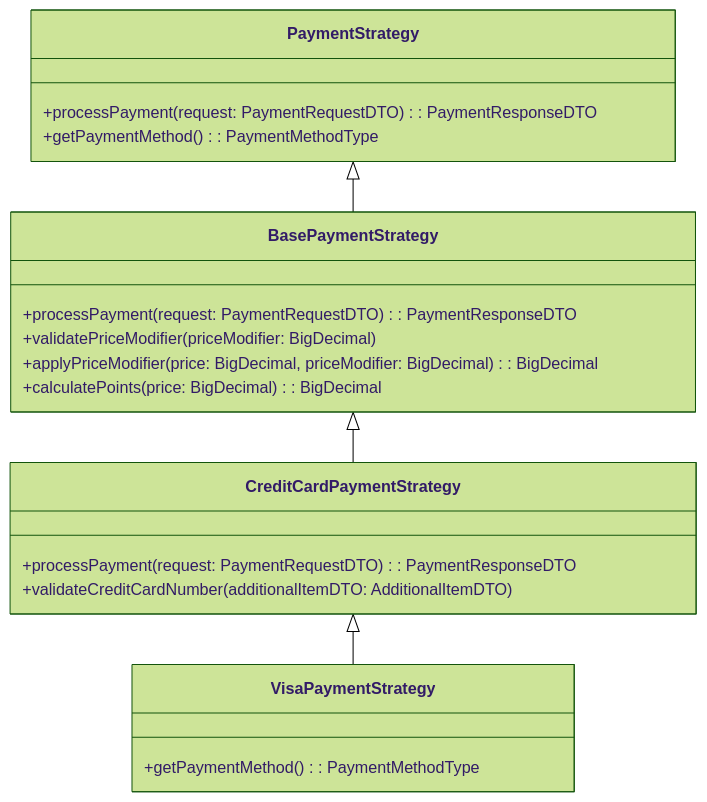
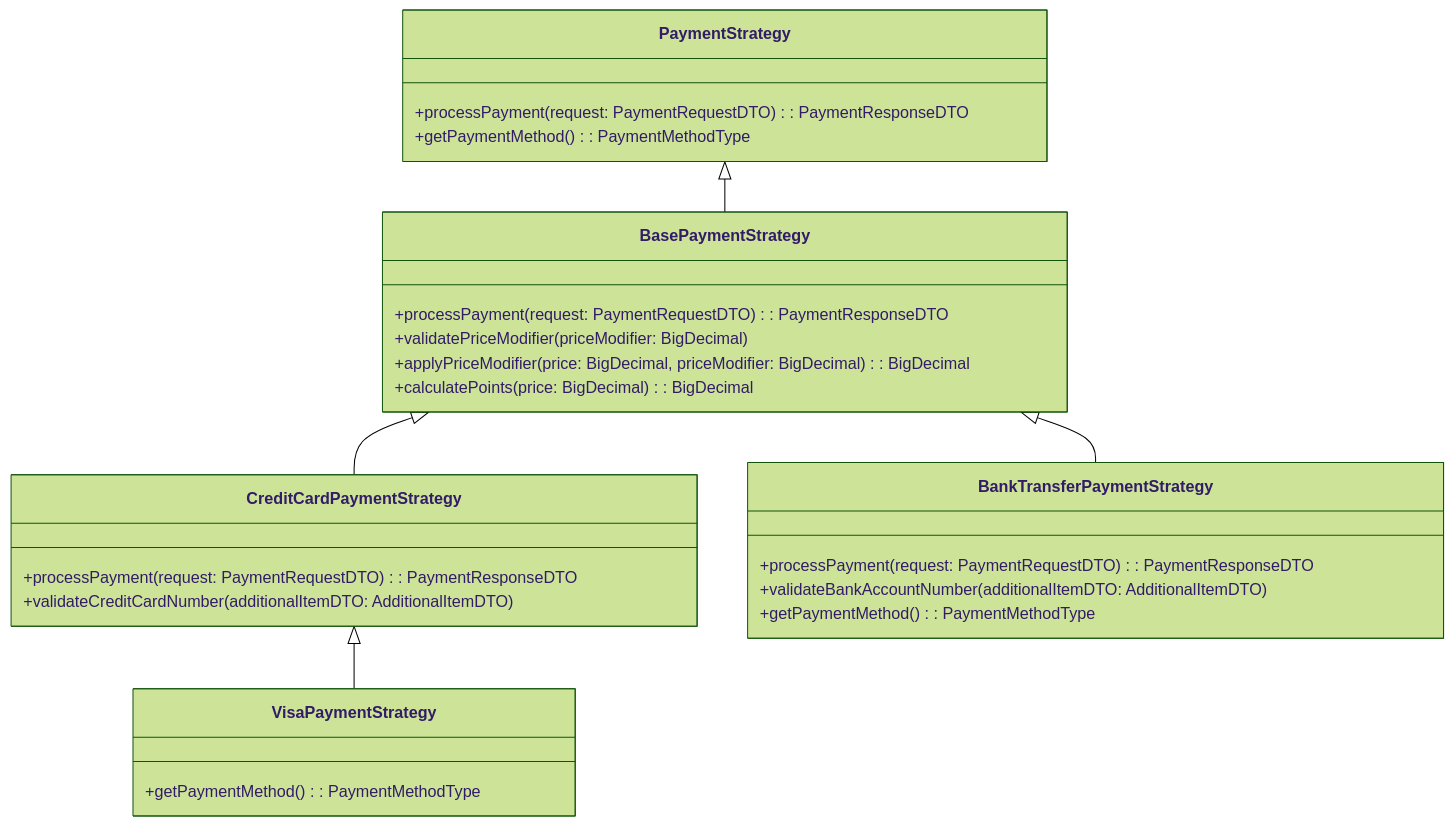
The diagram in README.md (leonardo206/anymind-pos), drawn with Mermaid (forest theme) before and after one commit. The commit also changed other lines of this file and 4 other files, not shown here.

````diff
--- a/README.md
+++ b/README.md
@@ -34,27 +34,34 @@
 ```mermaid
 classDiagram
     class PaymentStrategy {
         +processPayment(request: PaymentRequestDTO) : PaymentResponseDTO
         +getPaymentMethod() : PaymentMethodType
     }
 
     class BasePaymentStrategy {
         +processPayment(request: PaymentRequestDTO) : PaymentResponseDTO
         +validatePriceModifier(priceModifier: BigDecimal)
         +applyPriceModifier(price: BigDecimal, priceModifier: BigDecimal) : BigDecimal
         +calculatePoints(price: BigDecimal) : BigDecimal
     }
 
     class CreditCardPaymentStrategy {
         +processPayment(request: PaymentRequestDTO) : PaymentResponseDTO
         +validateCreditCardNumber(additionalItemDTO: AdditionalItemDTO)
     }
 
     class VisaPaymentStrategy {
         +getPaymentMethod() : PaymentMethodType
     }
+    
+    class BankTransferPaymentStrategy {
+        +processPayment(request: PaymentRequestDTO) : PaymentResponseDTO
+        +validateBankAccountNumber(additionalItemDTO: AdditionalItemDTO)
+        +getPaymentMethod() : PaymentMethodType
+    }
 
     PaymentStrategy <|-- BasePaymentStrategy
     BasePaymentStrategy <|-- CreditCardPaymentStrategy
     CreditCardPaymentStrategy <|-- VisaPaymentStrategy
+    BasePaymentStrategy <|-- BankTransferPaymentStrategy
 ```
````
